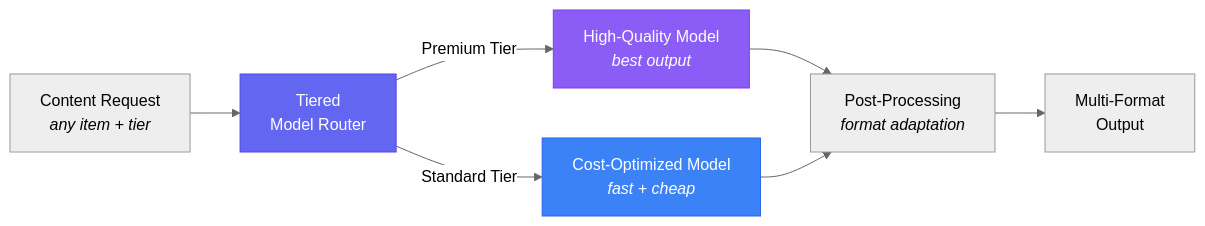
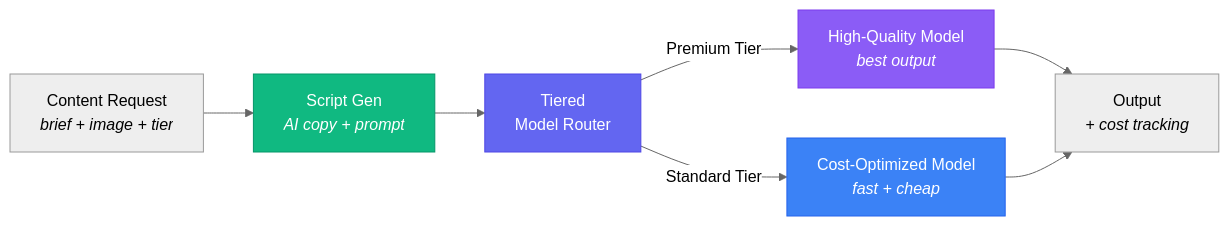
The diagram in README.md (suboss87/adcamp), drawn with Mermaid (neutral theme) before and after one commit. The commit also changed other lines of this file, not shown here.

Commit message:
docs: remove misleading pipeline diagram, fix Mermaid to match code
Remove pipeline image that showed non-existent FFmpeg transcoding step.
Update abstract Mermaid diagram to include Script Gen and remove
Post-Processing box. Clean up dashboard TODO comments. Fix "production
deployment" overclaim in intro paragraph. Leave placeholder for
redrawn diagram.

````diff
--- a/README.md
+++ b/README.md
@@ -24,13 +24,14 @@
 ```mermaid
 graph LR
-    A[Content Request<br/><i>any item + tier</i>] --> B[Tiered<br/>Model Router]
+    A[Content Request<br/><i>brief + image + tier</i>] --> S[Script Gen<br/><i>AI copy + prompt</i>]
+    S --> B[Tiered<br/>Model Router]
     B -->|Premium Tier| C[High-Quality Model<br/><i>best output</i>]
     B -->|Standard Tier| D[Cost-Optimized Model<br/><i>fast + cheap</i>]
-    C --> E[Post-Processing<br/><i>format adaptation</i>]
-    D --> E
-    E --> F[Multi-Format<br/>Output]
+    C --> F[Output<br/><i>+ cost tracking</i>]
+    D --> F
 
+    style S fill:#10B981,color:#fff,stroke:#059669
     style B fill:#6366F1,color:#fff,stroke:#4F46E5
     style C fill:#8B5CF6,color:#fff,stroke:#7C3AED
     style D fill:#3B82F6,color:#fff,stroke:#2563EB
 ```
````
